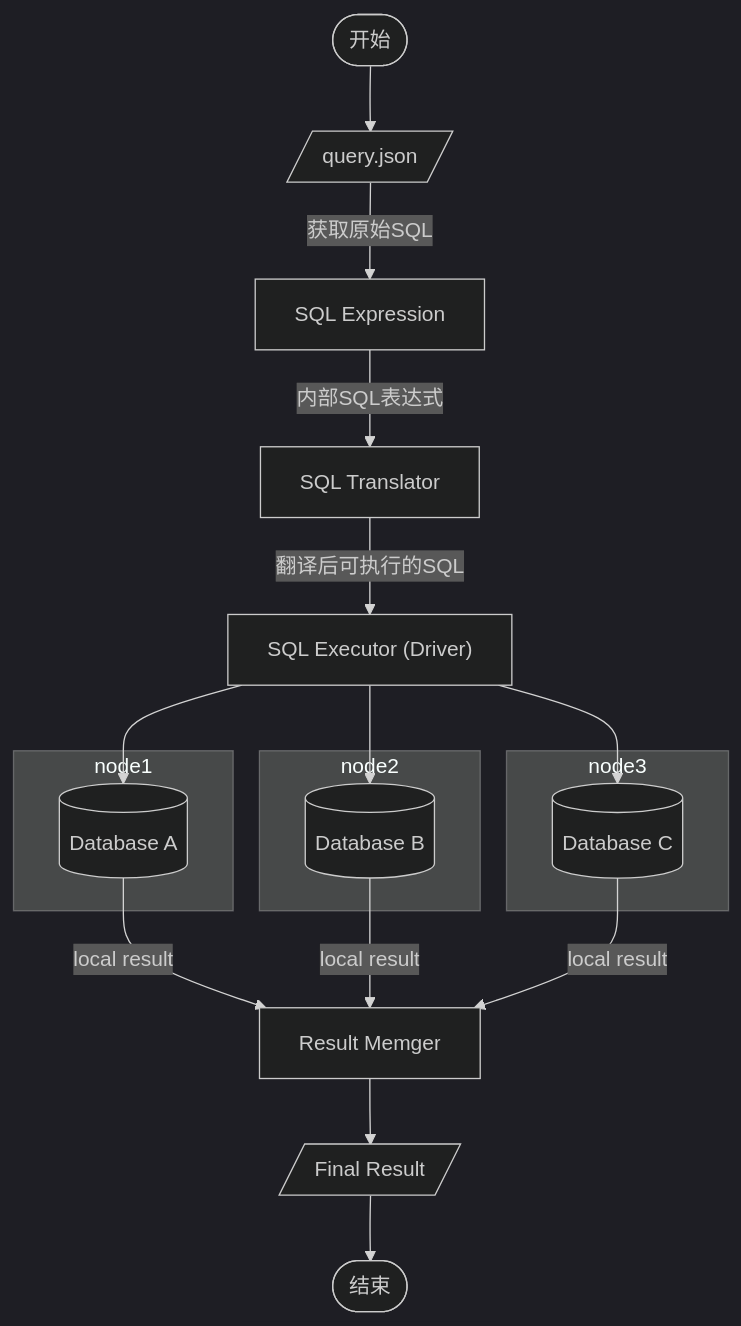
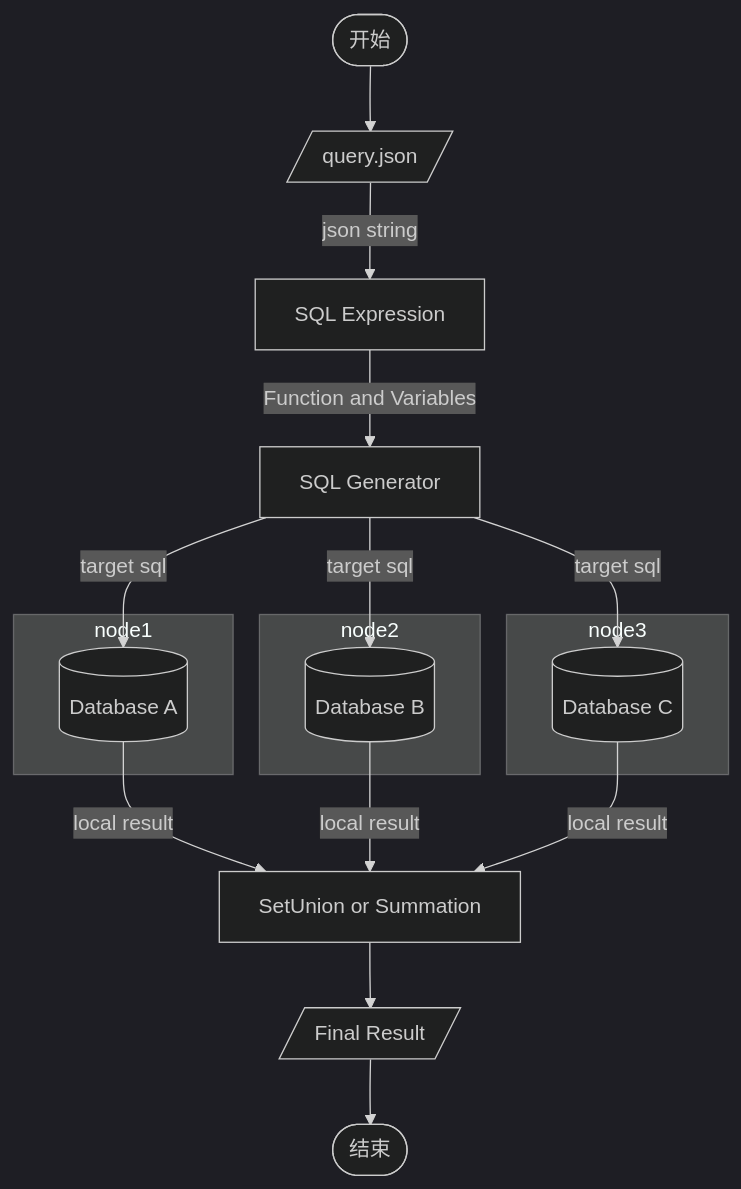
The diagram in README.md (ChengziCao/FederateDBSystem), drawn with Mermaid (dark theme) before and after one commit. The commit also changed other lines of this file, not shown here.

````diff
--- a/README.md
+++ b/README.md
@@ -88,36 +41,33 @@
 ```mermaid
 graph TD
     start([开始])
     start-->d1_input2
 
 d1_input2[/query.json/]    
-d1_input2-->|获取原始SQL|d1_expresssion[SQL Expression]
-d1_expresssion-->|"内部SQL表达式"|d1_translator[SQL Translator]
+d1_input2-->|json string|d1_expresssion[SQL Expression]
+d1_expresssion-->|"Function and Variables"|d1_generator[SQL Generator]
 
-d1_translator-->|翻译后可执行的SQL|d1_executor["SQL Executor (Driver)"]
-%% d1_translator-->|翻译后可执行的SQL|d2_executor["SQL Executor (Driver)"]
-%% d1_translator-->|翻译后可执行的SQL|d3_executor["SQL Executor (Driver)"]
-d1_executor --> DB_A[(Database A)]
-d1_executor --> DB_B[(Database A)]
-d1_executor --> DB_C[(Database A)]
+d1_generator-->|target sql|DB_A[(Database A)]
+d1_generator-->|target sql|DB_B[(Database A)]
+d1_generator-->|target sql|DB_C[(Database A)]
 
 subgraph node1
     DB_A[(Database A)]
 end
 
 subgraph node2
     DB_B[(Database B)]
 end
 
 subgraph node3
     DB_C[(Database C)]
 end
 
-memger[Result Memger]
+memger[SetUnion or Summation]
 DB_A-->|local result|memger
 DB_B-->|local result|memger
 DB_C-->|local result|memger
 
 memger-->final_resulat[/Final Result/]
 final_resulat-->end_([结束])
 ```
````
